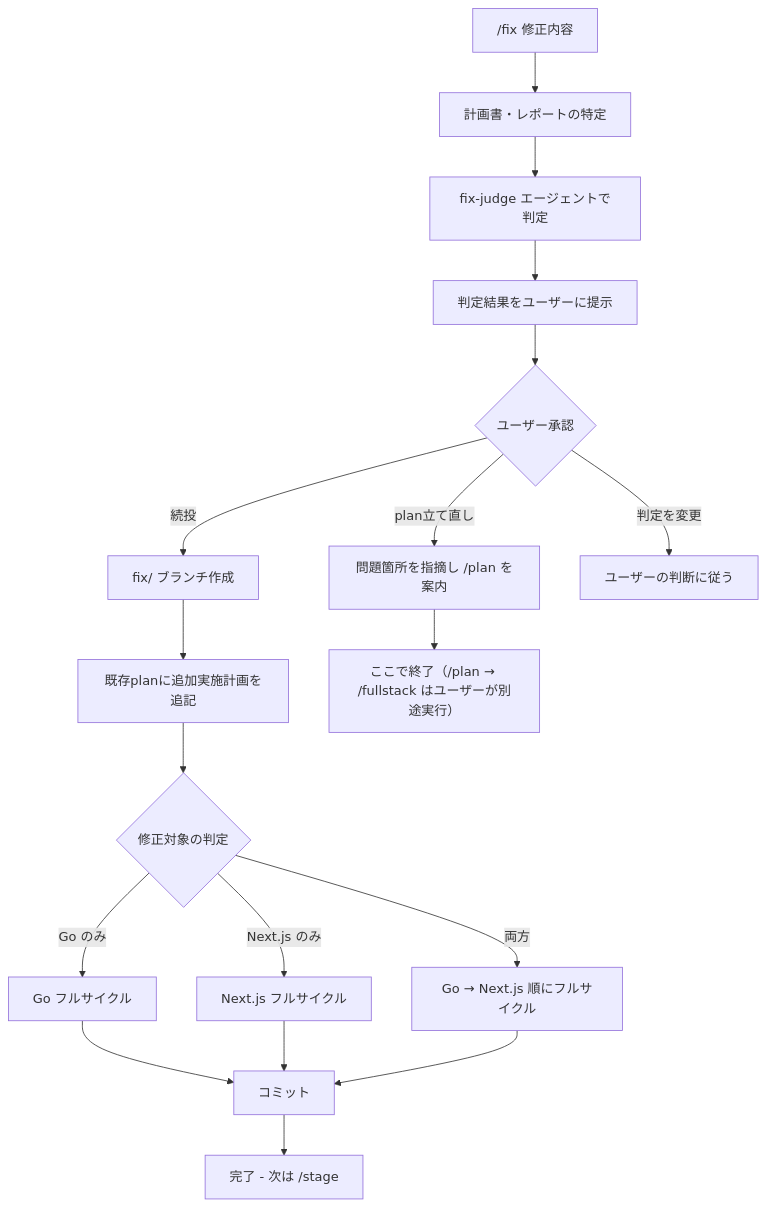
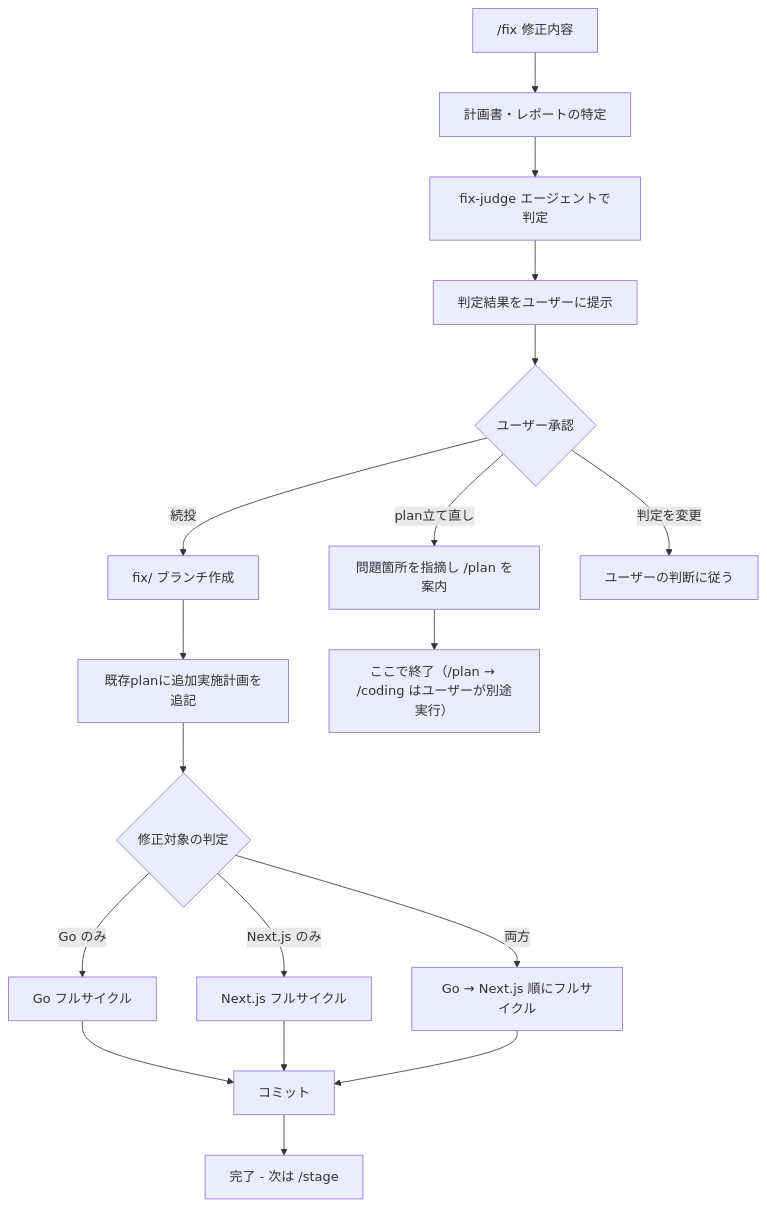
One commit to nyan-tama/Ghostrunner changed the diagram in .claude/skills/fix/SKILL.md. Above: the diagram before and after it, drawn with Mermaid. The commit also changed other lines of this file and 9 other files, not shown here.

````diff
--- a/.claude/skills/fix/SKILL.md
+++ b/.claude/skills/fix/SKILL.md
@@ -24,25 +24,25 @@
 ```mermaid
 flowchart TD
     START["/fix 修正内容"] --> FIND["計画書・レポートの特定"]
     FIND --> JUDGE["fix-judge エージェントで判定"]
     JUDGE --> PRESENT["判定結果をユーザーに提示"]
     PRESENT --> APPROVE{"ユーザー承認"}
 
     APPROVE -->|続投| BRANCH["fix/ ブランチ作成"]
     APPROVE -->|plan立て直し| ADVISE["問題箇所を指摘し /plan を案内"]
     APPROVE -->|判定を変更| OVERRIDE["ユーザーの判断に従う"]
 
     BRANCH --> APPEND["既存planに追加実施計画を追記"]
     APPEND --> DETECT{"修正対象の判定"}
 
     DETECT -->|Go のみ| GO_CYCLE["Go フルサイクル"]
     DETECT -->|Next.js のみ| NJ_CYCLE["Next.js フルサイクル"]
     DETECT -->|両方| BOTH["Go → Next.js 順にフルサイクル"]
 
     GO_CYCLE --> COMMIT["コミット"]
     NJ_CYCLE --> COMMIT
     BOTH --> COMMIT
     COMMIT --> DONE["完了 - 次は /stage"]
 
-    ADVISE --> END_PLAN["ここで終了（/plan → /fullstack はユーザーが別途実行）"]
+    ADVISE --> END_PLAN["ここで終了（/plan → /coding はユーザーが別途実行）"]
 ```
````
